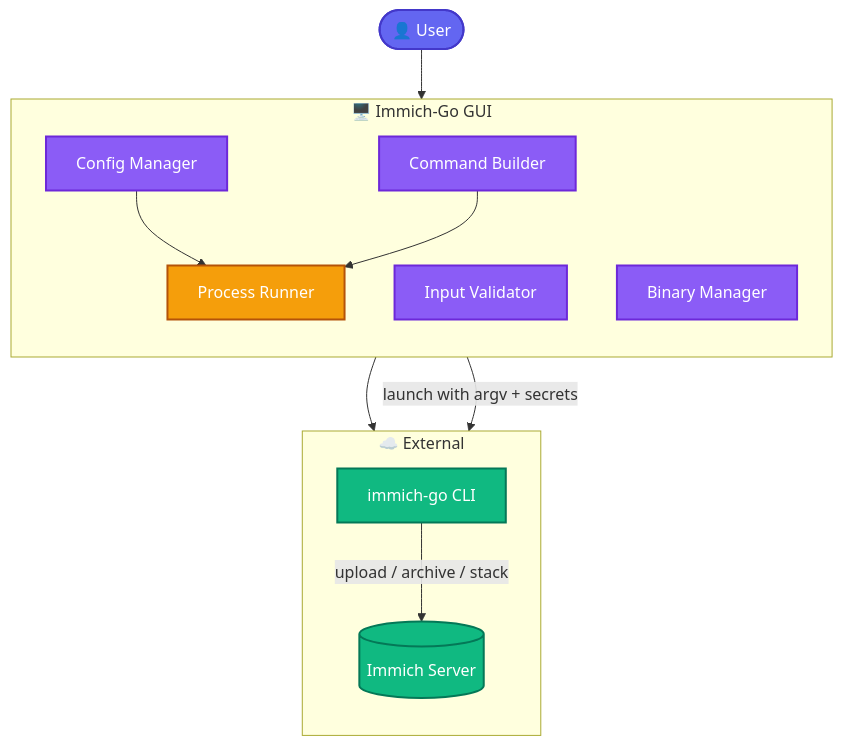
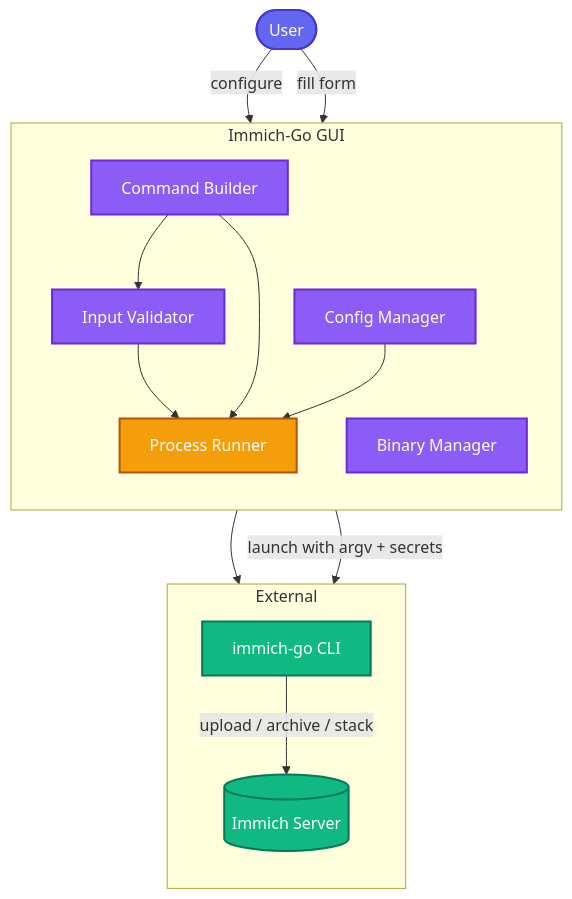
Before and after one commit to JESIII/immich-go-gui: the diagram in docs/README.md, drawn with Mermaid. The commit also changed other lines of this file and 23 other files, not shown here.

````diff
--- a/docs/README.md
+++ b/docs/README.md
@@ -125,32 +125,34 @@
 ```mermaid
 flowchart TB
     classDef userStyle fill:#6366f1,stroke:#4338ca,color:#fff,stroke-width:2px
-    classDef guiStyle fill:#0ea5e9,stroke:#0369a1,color:#fff,stroke-width:2px
     classDef coreStyle fill:#8b5cf6,stroke:#6d28d9,color:#fff,stroke-width:2px
     classDef runStyle fill:#f59e0b,stroke:#b45309,color:#fff,stroke-width:2px
     classDef extStyle fill:#10b981,stroke:#047857,color:#fff,stroke-width:2px
 
-    User([👤 User]):::userStyle
+    User([User]):::userStyle
 
-    subgraph GUILayer["🖥️  Immich-Go GUI"]
+    subgraph GUILayer["Immich-Go GUI"]
         direction TB
         Config[Config Manager]:::coreStyle
         Builder[Command Builder]:::coreStyle
         Validator[Input Validator]:::coreStyle
         BinMgr[Binary Manager]:::coreStyle
         Process[Process Runner]:::runStyle
     end
 
-    subgraph External["☁️  External"]
+    subgraph External["External"]
         direction TB
         Binary[immich-go CLI]:::extStyle
         Server[(Immich Server)]:::extStyle
     end
 
-    User --> GUILayer
+    User -->|configure| Config
+    User -->|fill form| Builder
+    Builder --> Validator
+    Validator --> Process
+    Builder --> Process
     Config --> Process
-    Builder --> Process
     BinMgr --> Binary
     Process -->|launch with argv + secrets| Binary
     Binary -->|upload / archive / stack| Server
 ```
````
